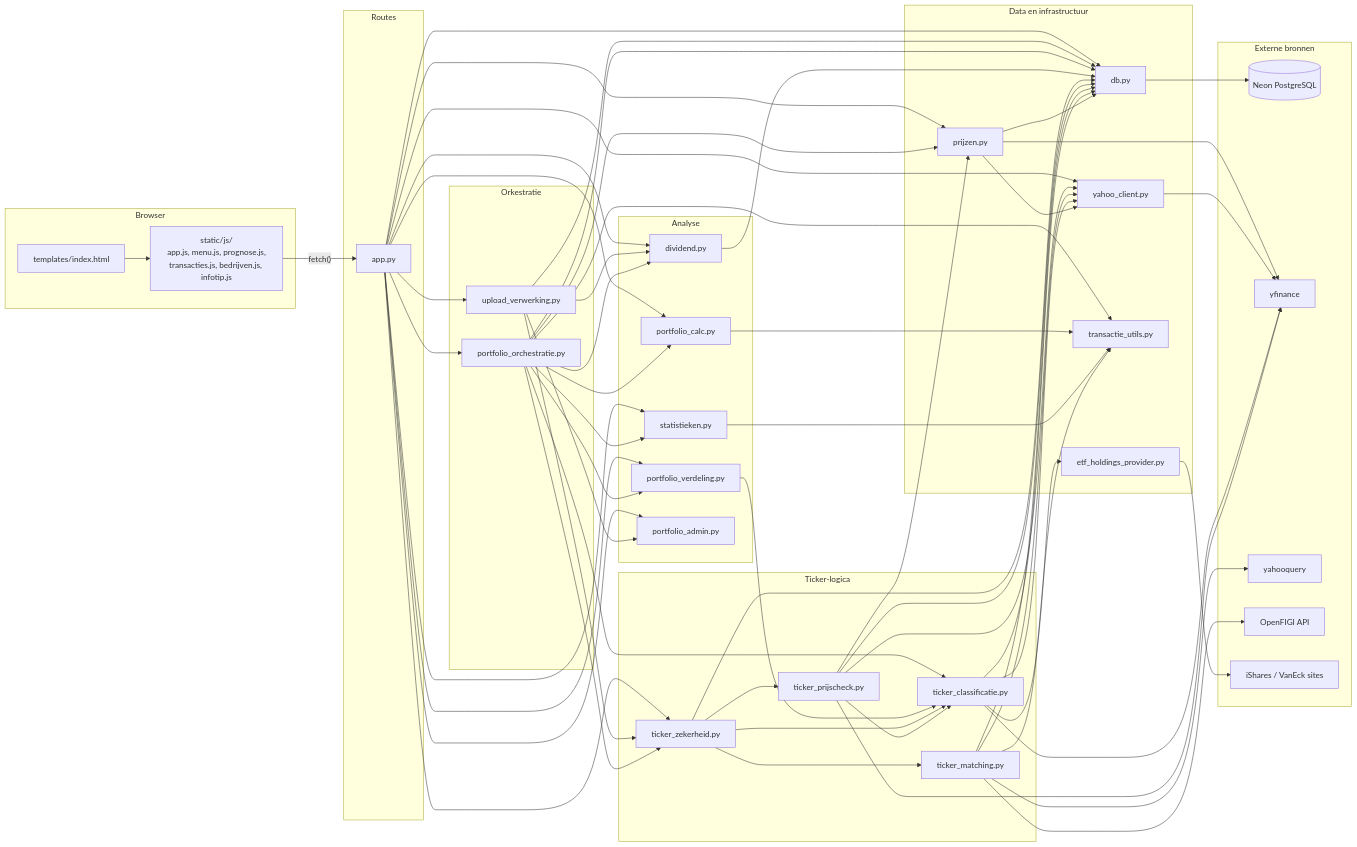
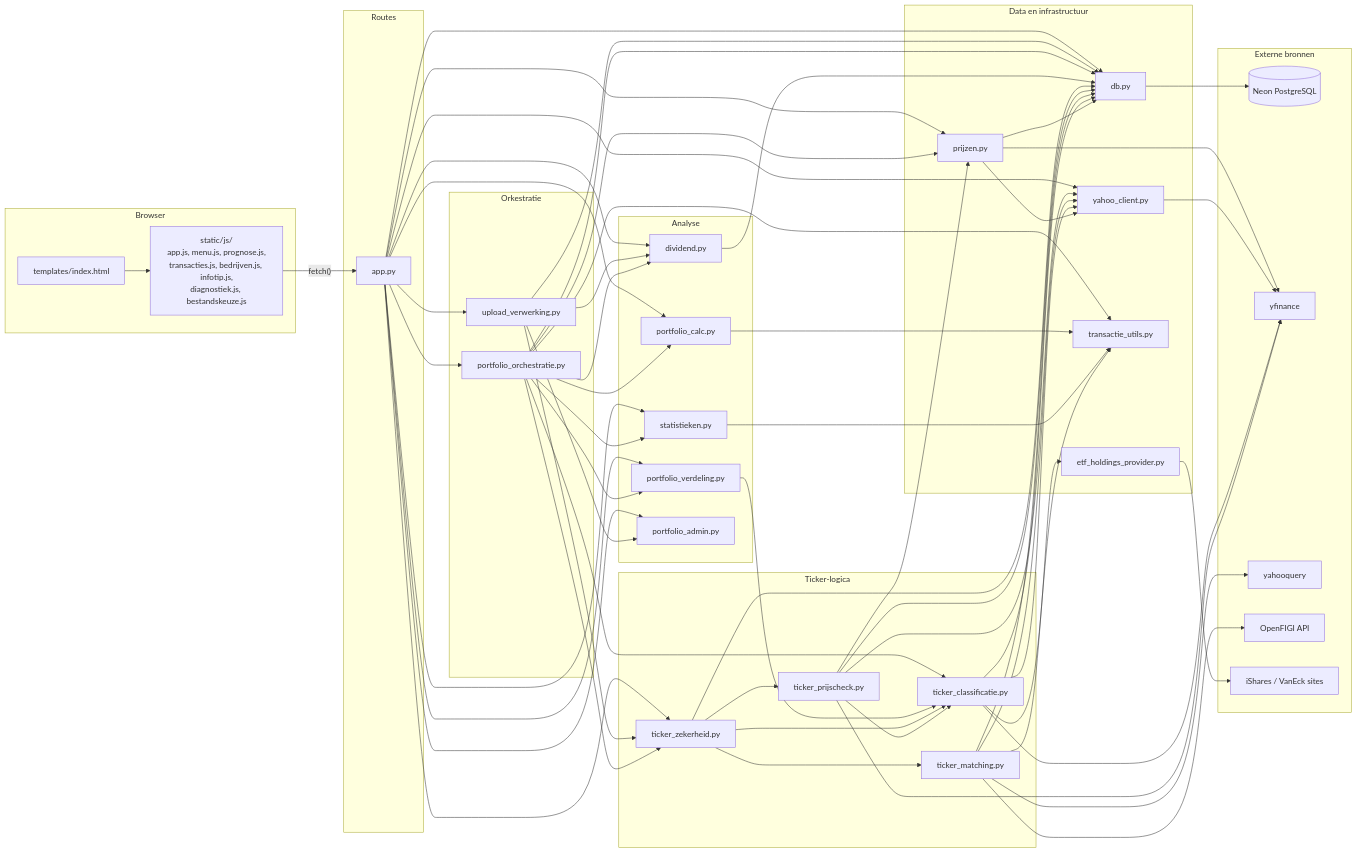
Before and after one commit to lobkest/portfolioTracker: the first of 2 diagrams in docs/CODE_OVERZICHT.md, drawn with Mermaid. The commit also changed other lines of this file and 1 other file, not shown here.

```diff
--- a/docs/CODE_OVERZICHT.md
+++ b/docs/CODE_OVERZICHT.md
@@ -63,7 +62,7 @@
 flowchart LR
     subgraph FE["Browser"]
         HTML["templates/index.html"]
-        JS["static/js/<br/>app.js, menu.js, prognose.js,<br/>transacties.js, bedrijven.js, infotip.js"]
+        JS["static/js/<br/>app.js, menu.js, prognose.js,<br/>transacties.js, bedrijven.js, infotip.js,<br/>diagnostiek.js, bestandskeuze.js"]
     end
 
     subgraph ROUTES["Routes"]
```
